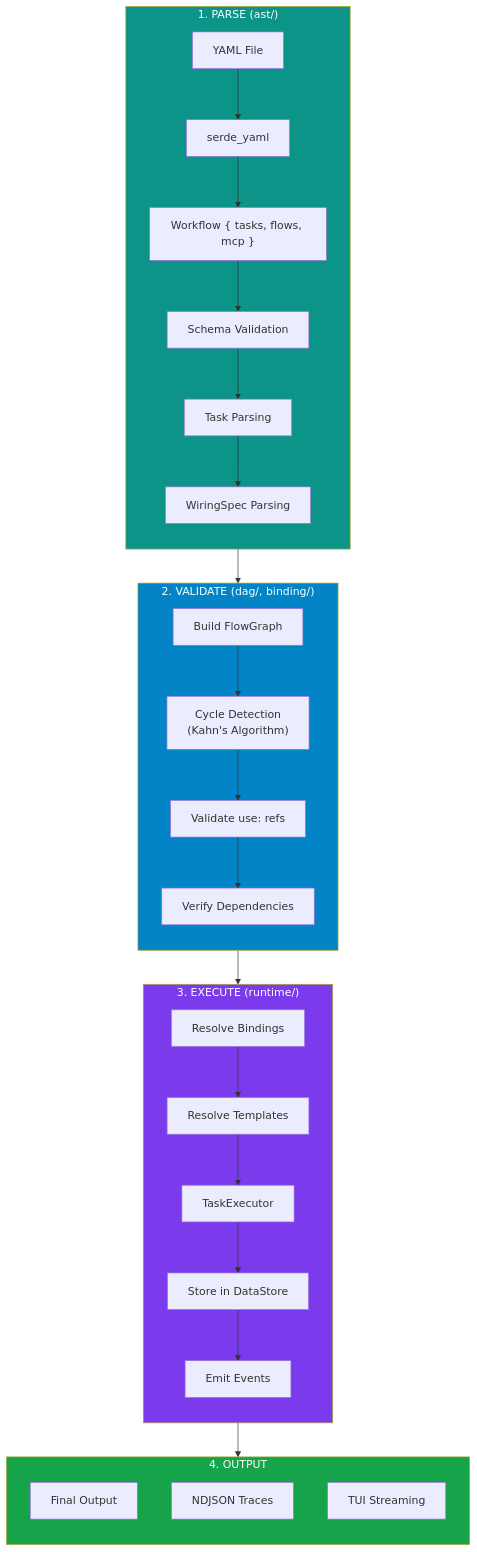
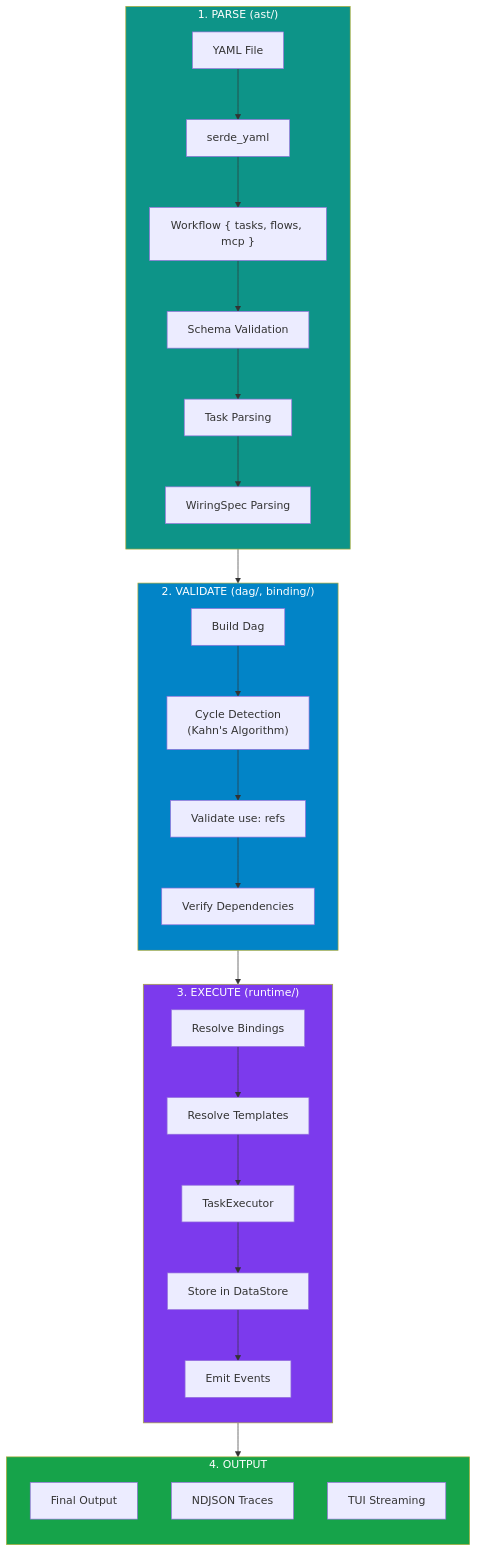
Before and after one commit to supernovae-st/nika: the fourth of 11 diagrams in tools/nika/docs/BOOK.md, drawn with Mermaid. The commit also changed other lines of this file and 59 other files, not shown here.

First line of the commit message:
docs: FlowGraph → Dag rename across documentation and tests

````diff
--- a/tools/nika/docs/BOOK.md
+++ b/tools/nika/docs/BOOK.md
@@ -462,42 +462,42 @@
 ```mermaid
 flowchart TB
     subgraph PARSE["1. PARSE (ast/)"]
         direction TB
         Y["YAML File"] --> SY["serde_yaml"]
         SY --> WF["Workflow { tasks, flows, mcp }"]
         WF --> SV["Schema Validation"]
         SV --> TP["Task Parsing"]
         TP --> WS["WiringSpec Parsing"]
     end
 
     subgraph VALIDATE["2. VALIDATE (dag/, binding/)"]
         direction TB
-        FG["Build FlowGraph"] --> CD["Cycle Detection<br/>(Kahn's Algorithm)"]
+        FG["Build Dag"] --> CD["Cycle Detection<br/>(Kahn's Algorithm)"]
         CD --> VU["Validate use: refs"]
         VU --> VD["Verify Dependencies"]
     end
 
     subgraph EXECUTE["3. EXECUTE (runtime/)"]
         direction TB
         RB["Resolve Bindings"] --> RT["Resolve Templates"]
         RT --> TE["TaskExecutor"]
         TE --> DS["Store in DataStore"]
         DS --> EV["Emit Events"]
     end
 
     subgraph OUTPUT["4. OUTPUT"]
         direction TB
         FO["Final Output"]
         TR["NDJSON Traces"]
         TUI["TUI Streaming"]
     end
 
     PARSE --> VALIDATE
     VALIDATE --> EXECUTE
     EXECUTE --> OUTPUT
 
     style PARSE fill:#0d9488,color:#fff
     style VALIDATE fill:#0284c7,color:#fff
     style EXECUTE fill:#7c3aed,color:#fff
     style OUTPUT fill:#16a34a,color:#fff
 ```
````
